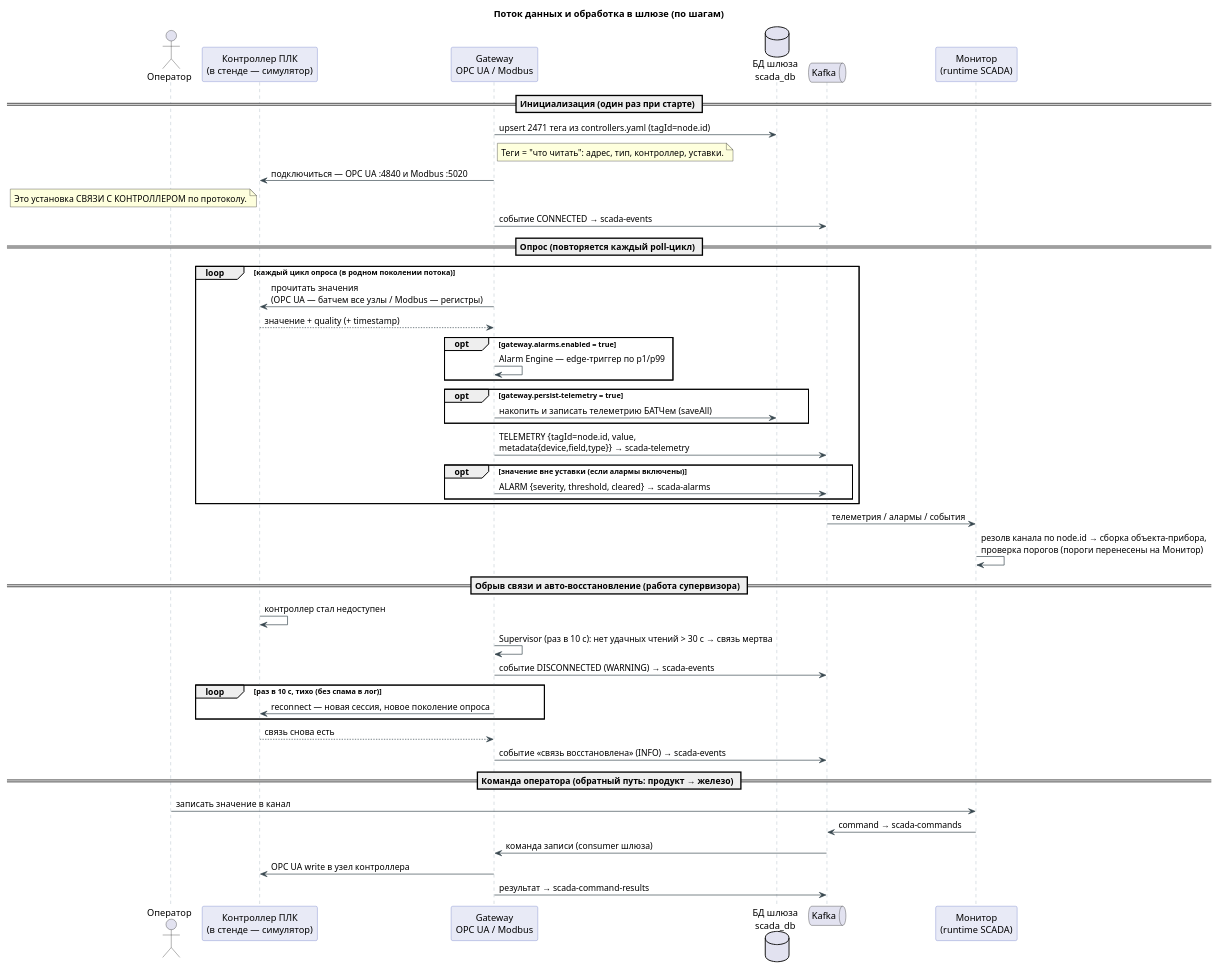
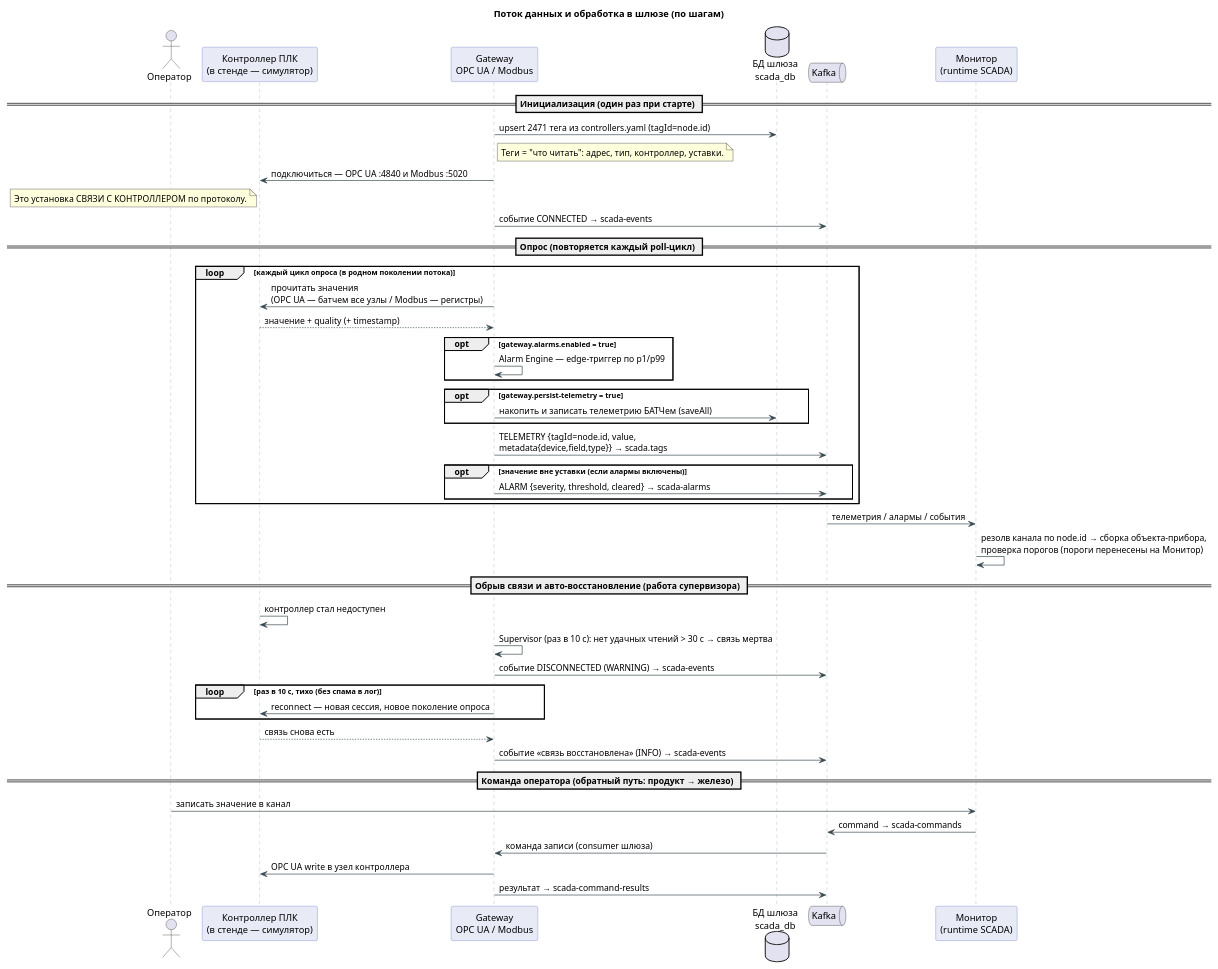
One commit to EuZireael/scada-gateway changed the second of 3 diagrams in docs/architecture.puml. Above: the diagram before and after it, drawn with PlantUML. The commit also changed other lines of this file and 6 other files, not shown here.

First line of the commit message:
Документация: sync с кодом (топик scada.tags, Spring 3.5.16, Flyway)

```diff
--- a/docs/architecture.puml
+++ b/docs/architecture.puml
@@ -196,65 +196,65 @@
 @startuml SCADA-Gateway-Dataflow
 ' ============================================================================
 '  Поток данных во времени: контроллер → шлюз → Kafka → монитор
 '  (+ авто-reconnect супервизором, алармы, команда оператора)
 ' ============================================================================
 title Поток данных и обработка в шлюзе (по шагам)
 
 skinparam shadowing false
 skinparam defaultFontName "Segoe UI"
 skinparam sequence {
   ArrowColor #37474F
   LifeLineBorderColor #90A4AE
   ParticipantBorderColor #5C6BC0
   ParticipantBackgroundColor #E8EAF6
 }
 
 actor "Оператор" as OP
 participant "Контроллер ПЛК\n(в стенде — симулятор)" as PLC
 participant "Gateway\nOPC UA / Modbus" as GW
 database "БД шлюза\nscada_db" as DB
 queue "Kafka" as K
 participant "Монитор\n(runtime SCADA)" as MON
 
 == Инициализация (один раз при старте) ==
 GW -> DB : upsert 2471 тега из controllers.yaml (tagId=node.id)
 note right of GW : Теги = "что читать": адрес, тип, контроллер, уставки.
 GW -> PLC : подключиться — OPC UA :4840 и Modbus :5020
 note left of PLC : Это установка СВЯЗИ С КОНТРОЛЛЕРОМ по протоколу.
 GW -> K   : событие CONNECTED → scada-events
 
 == Опрос (повторяется каждый poll-цикл) ==
 loop каждый цикл опроса (в родном поколении потока)
   GW -> PLC : прочитать значения\n(OPC UA — батчем все узлы / Modbus — регистры)
   PLC --> GW : значение + quality (+ timestamp)
   opt gateway.alarms.enabled = true
     GW -> GW : Alarm Engine — edge-триггер по p1/p99
   end
   opt gateway.persist-telemetry = true
     GW -> DB : накопить и записать телеметрию БАТЧем (saveAll)
   end
-  GW -> K  : TELEMETRY {tagId=node.id, value,\nmetadata{device,field,type}} → scada-telemetry
+  GW -> K  : TELEMETRY {tagId=node.id, value,\nmetadata{device,field,type}} → scada.tags
   opt значение вне уставки (если алармы включены)
     GW -> K : ALARM {severity, threshold, cleared} → scada-alarms
   end
 end
 K -> MON : телеметрия / алармы / события
 MON -> MON : резолв канала по node.id → сборка объекта-прибора,\nпроверка порогов (пороги перенесены на Монитор)
 
 == Обрыв связи и авто-восстановление (работа супервизора) ==
 PLC -> PLC : контроллер стал недоступен
 GW -> GW   : Supervisor (раз в 10 с): нет удачных чтений > 30 c → связь мертва
 GW -> K    : событие DISCONNECTED (WARNING) → scada-events
 loop раз в 10 c, тихо (без спама в лог)
   GW -> PLC : reconnect — новая сессия, новое поколение опроса
 end
 PLC --> GW : связь снова есть
 GW -> K    : событие «связь восстановлена» (INFO) → scada-events
 
 == Команда оператора (обратный путь: продукт → железо) ==
 OP -> MON : записать значение в канал
 MON -> K  : command → scada-commands
 K -> GW   : команда записи (consumer шлюза)
 GW -> PLC : OPC UA write в узел контроллера
 GW -> K   : результат → scada-command-results
 @enduml
```
